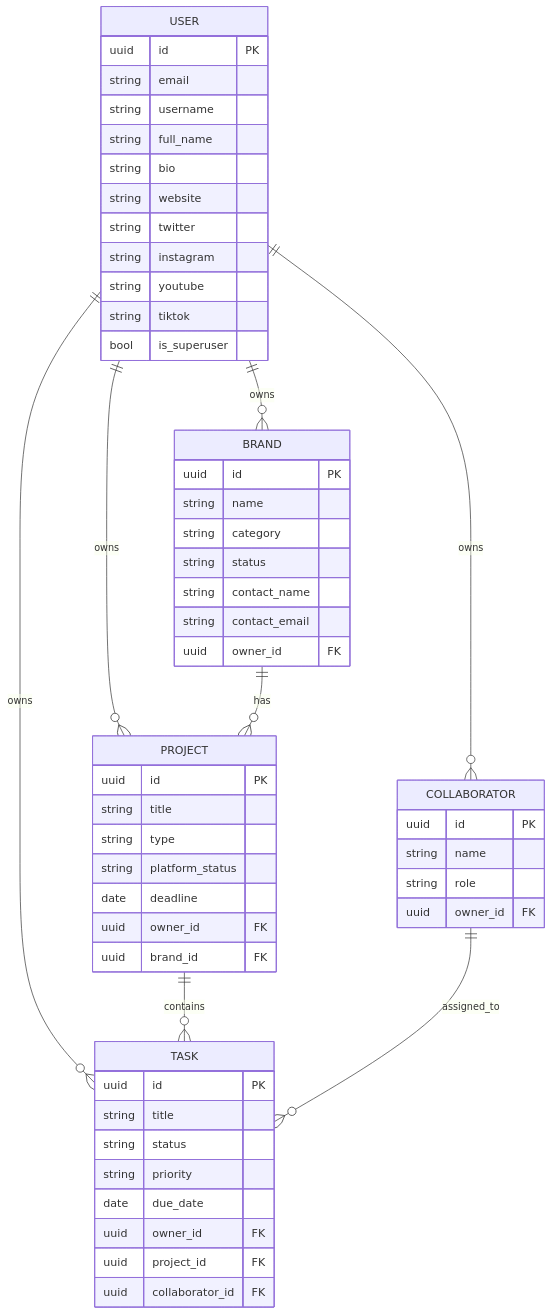
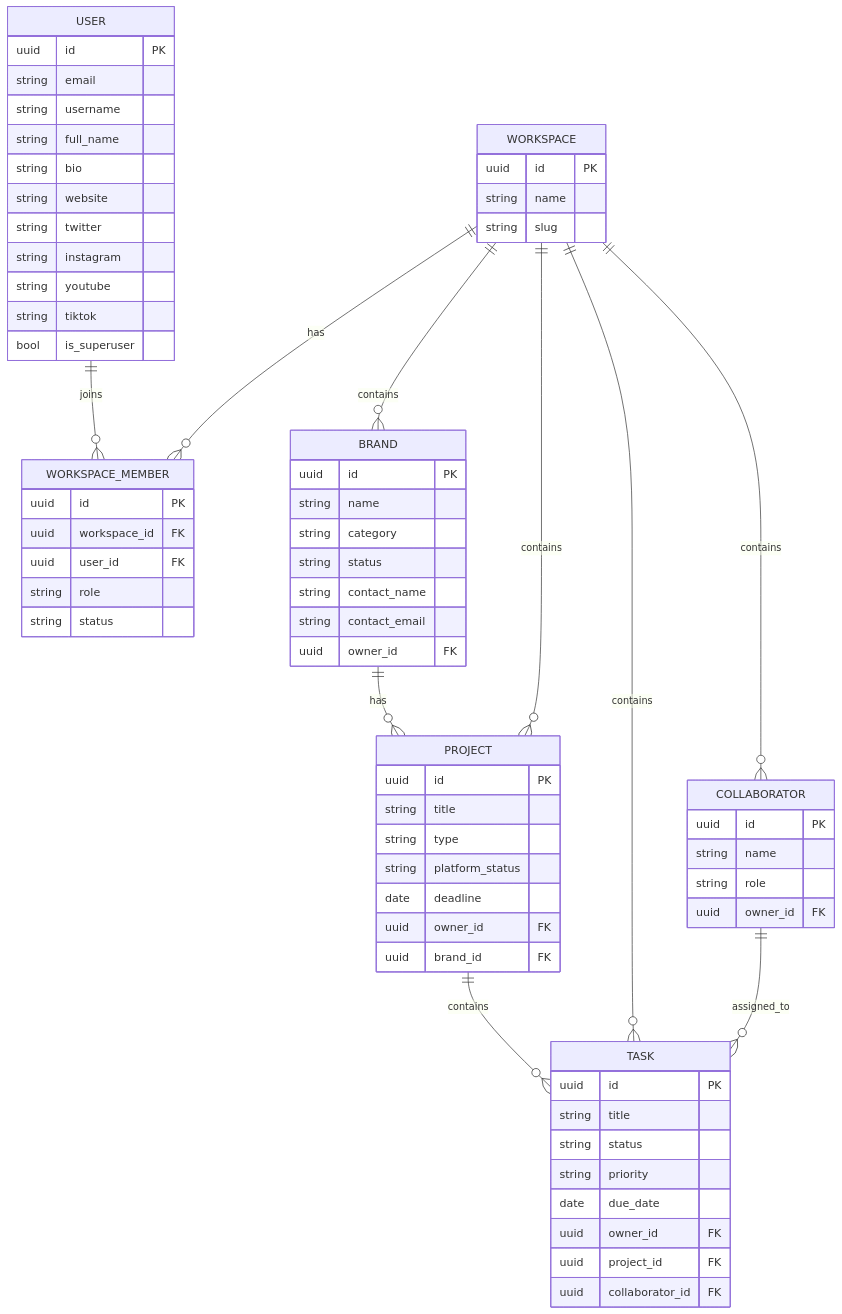
Before and after one commit to hasan-sakib/creatorhandle: the second of 3 diagrams in README.md, drawn with Mermaid. The commit also changed other lines of this file and 266 other files, not shown here.

````diff
--- a/README.md
+++ b/README.md
@@ -73,58 +113,73 @@
 ```mermaid
 erDiagram
     USER {
         uuid id PK
         string email
         string username
         string full_name
         string bio
         string website
         string twitter
         string instagram
         string youtube
         string tiktok
         bool is_superuser
     }
     BRAND {
         uuid id PK
         string name
         string category
         string status
         string contact_name
         string contact_email
         uuid owner_id FK
     }
     PROJECT {
         uuid id PK
         string title
         string type
         string platform_status
         date deadline
         uuid owner_id FK
         uuid brand_id FK
     }
     TASK {
         uuid id PK
         string title
         string status
         string priority
         date due_date
         uuid owner_id FK
         uuid project_id FK
         uuid collaborator_id FK
     }
     COLLABORATOR {
         uuid id PK
         string name
         string role
         uuid owner_id FK
     }
 
-    USER ||--o{ BRAND : owns
-    USER ||--o{ PROJECT : owns
-    USER ||--o{ TASK : owns
-    USER ||--o{ COLLABORATOR : owns
+    WORKSPACE {
+        uuid id PK
+        string name
+        string slug
+    }
+    WORKSPACE_MEMBER {
+        uuid id PK
+        uuid workspace_id FK
+        uuid user_id FK
+        string role
+        string status
+    }
+
+    USER ||--o{ WORKSPACE_MEMBER : joins
+    WORKSPACE ||--o{ WORKSPACE_MEMBER : has
+    WORKSPACE ||--o{ BRAND : contains
+    WORKSPACE ||--o{ PROJECT : contains
+    WORKSPACE ||--o{ TASK : contains
+    WORKSPACE ||--o{ COLLABORATOR : contains
     BRAND ||--o{ PROJECT : has
     PROJECT ||--o{ TASK : contains
     COLLABORATOR ||--o{ TASK : assigned_to
 ```
````
